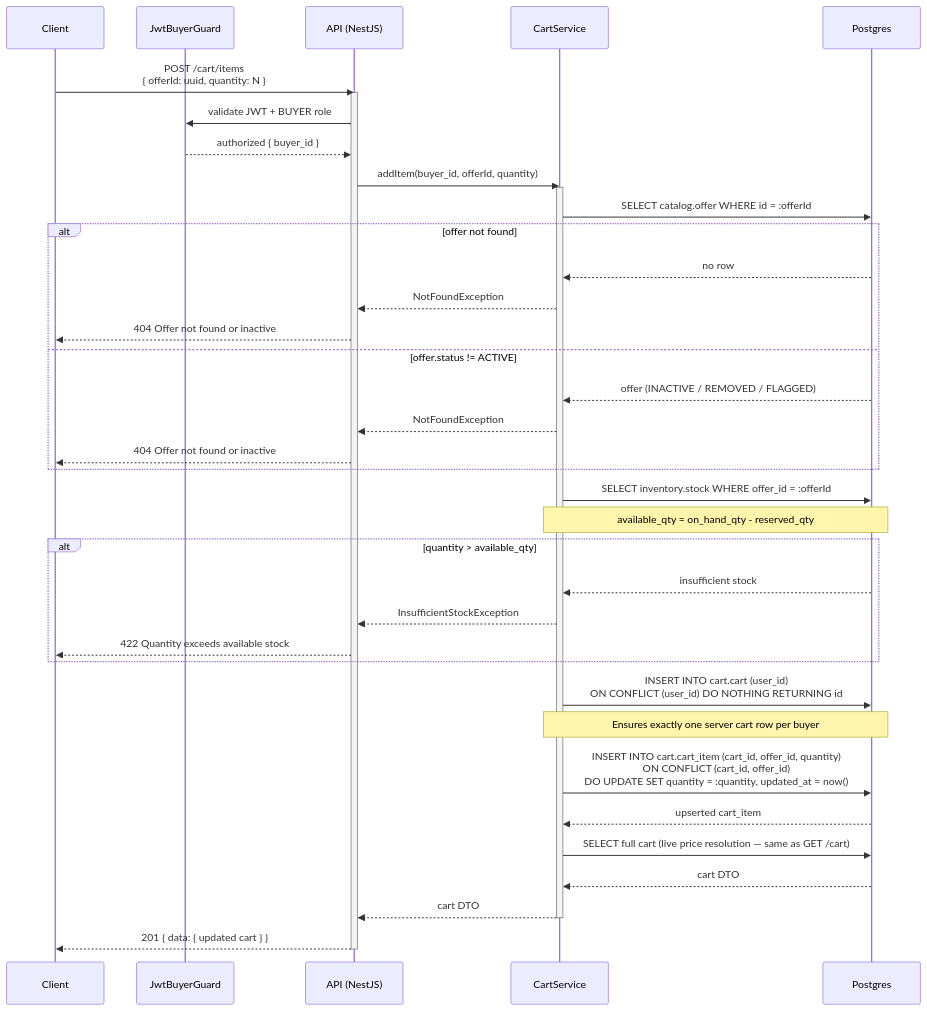
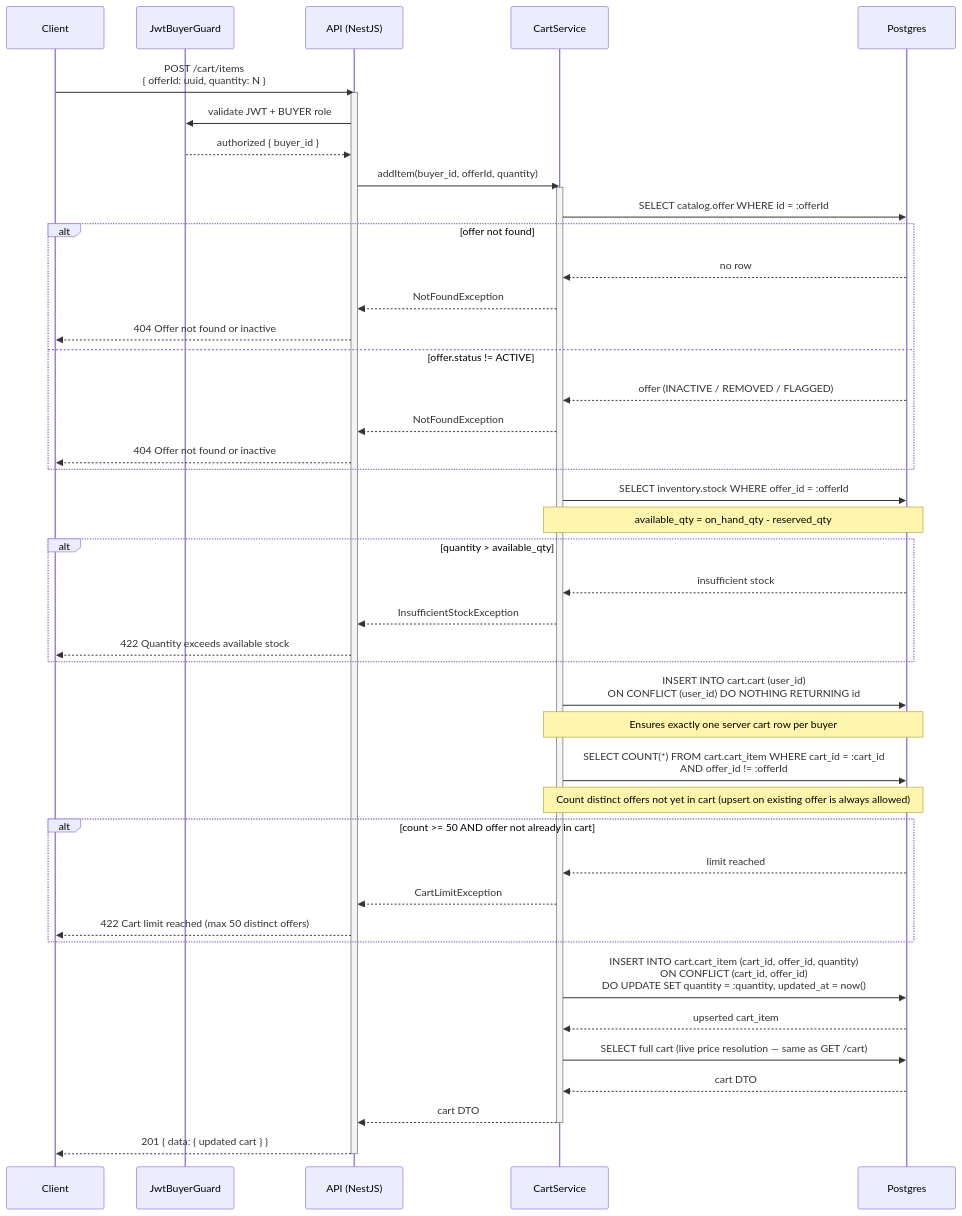
One commit to alisa-uthi/aliceut-ecom-document changed the second of 6 diagrams in phase-1/technical-design/api-design/cart.md. Above: the diagram before and after it, drawn with Mermaid. The commit also changed other lines of this file and 19 other files, not shown here.

````diff
--- a/phase-1/technical-design/api-design/cart.md
+++ b/phase-1/technical-design/api-design/cart.md
@@ -140,42 +140,49 @@
 ```mermaid
 sequenceDiagram
     participant C as Client
     participant G as JwtBuyerGuard
     participant A as API (NestJS)
     participant S as CartService
     participant P as Postgres
 
     C->>A: POST /cart/items<br/>{ offerId: uuid, quantity: N }
     activate A
     A->>G: validate JWT + BUYER role
     G-->>A: authorized { buyer_id }
     A->>S: addItem(buyer_id, offerId, quantity)
     activate S
     S->>P: SELECT catalog.offer WHERE id = :offerId
     alt offer not found
         P-->>S: no row
         S-->>A: NotFoundException
         A-->>C: 404 Offer not found or inactive
     else offer.status != ACTIVE
         P-->>S: offer (INACTIVE / REMOVED / FLAGGED)
         S-->>A: NotFoundException
         A-->>C: 404 Offer not found or inactive
     end
     S->>P: SELECT inventory.stock WHERE offer_id = :offerId
     Note over S,P: available_qty = on_hand_qty - reserved_qty
     alt quantity > available_qty
         P-->>S: insufficient stock
         S-->>A: InsufficientStockException
         A-->>C: 422 Quantity exceeds available stock
     end
     S->>P: INSERT INTO cart.cart (user_id)<br/>ON CONFLICT (user_id) DO NOTHING RETURNING id
     Note over S,P: Ensures exactly one server cart row per buyer
+    S->>P: SELECT COUNT(*) FROM cart.cart_item WHERE cart_id = :cart_id<br/>AND offer_id != :offerId
+    Note over S,P: Count distinct offers not yet in cart (upsert on existing offer is always allowed)
+    alt count >= 50 AND offer not already in cart
+        P-->>S: limit reached
+        S-->>A: CartLimitException
+        A-->>C: 422 Cart limit reached (max 50 distinct offers)
+    end
     S->>P: INSERT INTO cart.cart_item (cart_id, offer_id, quantity)<br/>ON CONFLICT (cart_id, offer_id)<br/>DO UPDATE SET quantity = :quantity, updated_at = now()
     P-->>S: upserted cart_item
     S->>P: SELECT full cart (live price resolution — same as GET /cart)
     P-->>S: cart DTO
     S-->>A: cart DTO
     deactivate S
     A-->>C: 201 { data: { updated cart } }
     deactivate A
 ```
````
